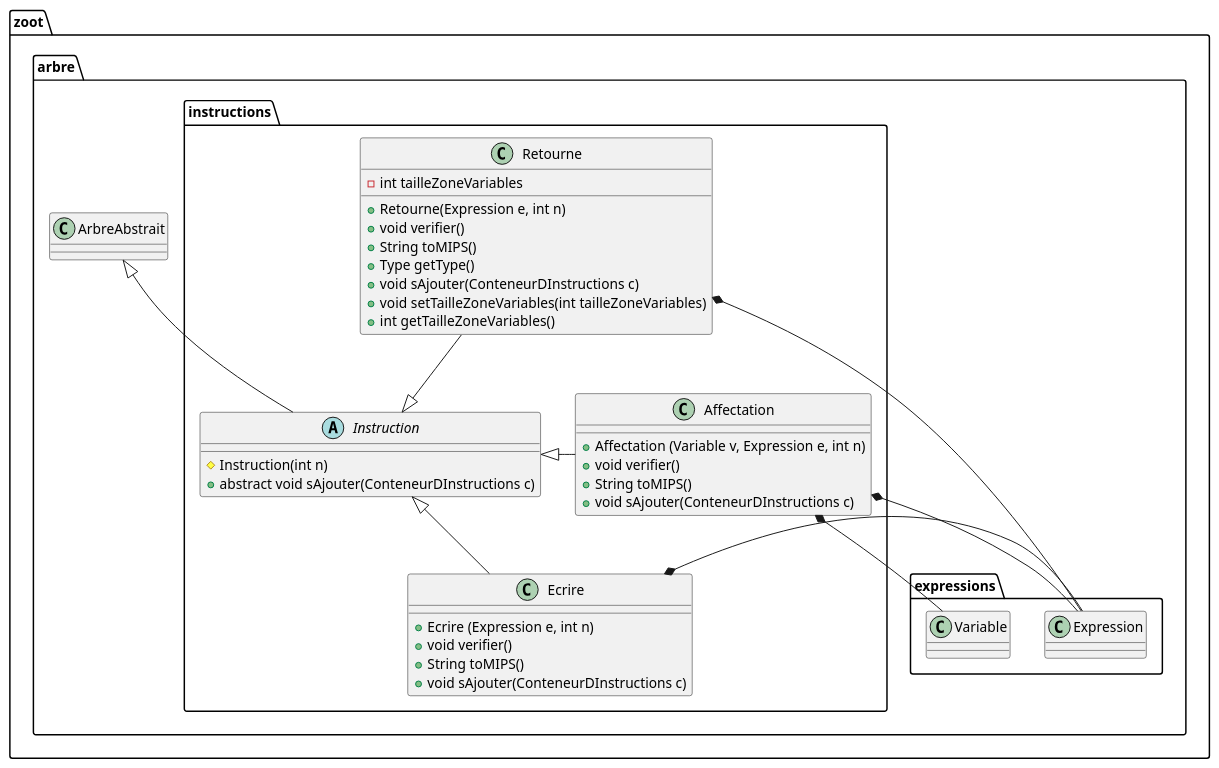
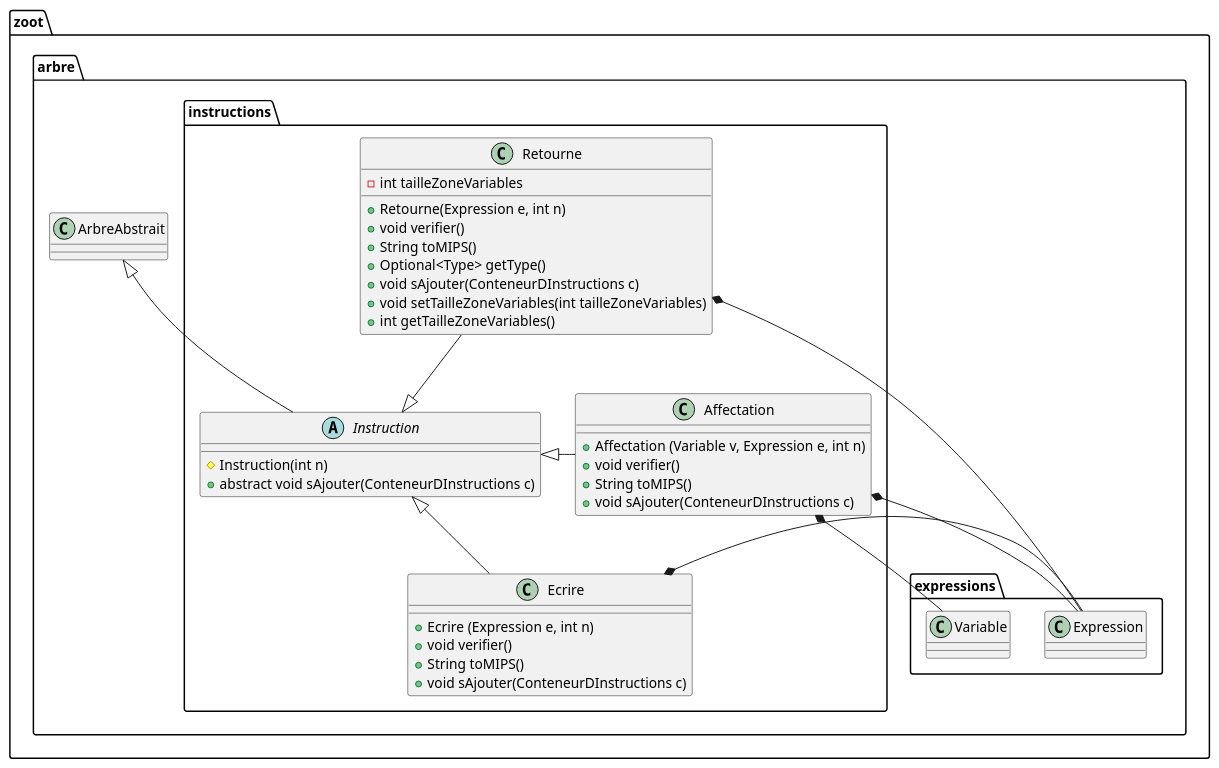
The diagram in diagrammes/classe/instructions.puml (lmtb06/zoot), drawn with PlantUML before and after one commit. The commit also changed 1 other file, not shown here.

Commit message:
Mise à jour du diagramme de classes
# Détails:
 - Les fonctions getType() de Expression et de ses sous classes ainsi que Retourne ne renvoient plus des Type mais des Optional<Type> pour eviter d'avoir des null pointer exceptions quand on retrouve pas le symbole de l'expression, par exemple lors d'un affectation avec une variable qui n'a pas été déclarée.

```diff
--- a/diagrammes/classe/instructions.puml
+++ b/diagrammes/classe/instructions.puml
@@ -1,47 +1,47 @@
 @startuml "Package instructions"
 
 namespace zoot.arbre.instructions {
     ' Includes
     ' Classes
     class Ecrire {
         + Ecrire (Expression e, int n)
         + void verifier()
         + String toMIPS()
         + void sAjouter(ConteneurDInstructions c)
     }
 
     class Affectation {
         + Affectation (Variable v, Expression e, int n)
         + void verifier()
         + String toMIPS()
         + void sAjouter(ConteneurDInstructions c)
     }
 
     class Retourne {
         - int tailleZoneVariables
         + Retourne(Expression e, int n)
         + void verifier()
         + String toMIPS()
-        + Type getType()
+        + Optional<Type> getType()
         + void sAjouter(ConteneurDInstructions c)
         + void setTailleZoneVariables(int tailleZoneVariables)
         + int getTailleZoneVariables()
     }
 
     abstract class Instruction {
         # Instruction(int n)
         + abstract void sAjouter(ConteneurDInstructions c)
     }
     
     ' Relations entre les classes
     Ecrire -up-|> Instruction
     Ecrire *-right- zoot.arbre.expressions.Expression
     Instruction -up-|> zoot.arbre.ArbreAbstrait
     Affectation -right-|> Instruction
     Affectation *-- zoot.arbre.expressions.Variable
     Affectation *-down- zoot.arbre.expressions.Expression
     Retourne *-- zoot.arbre.expressions.Expression
     Retourne --|> Instruction
 }
 
 @enduml
```
